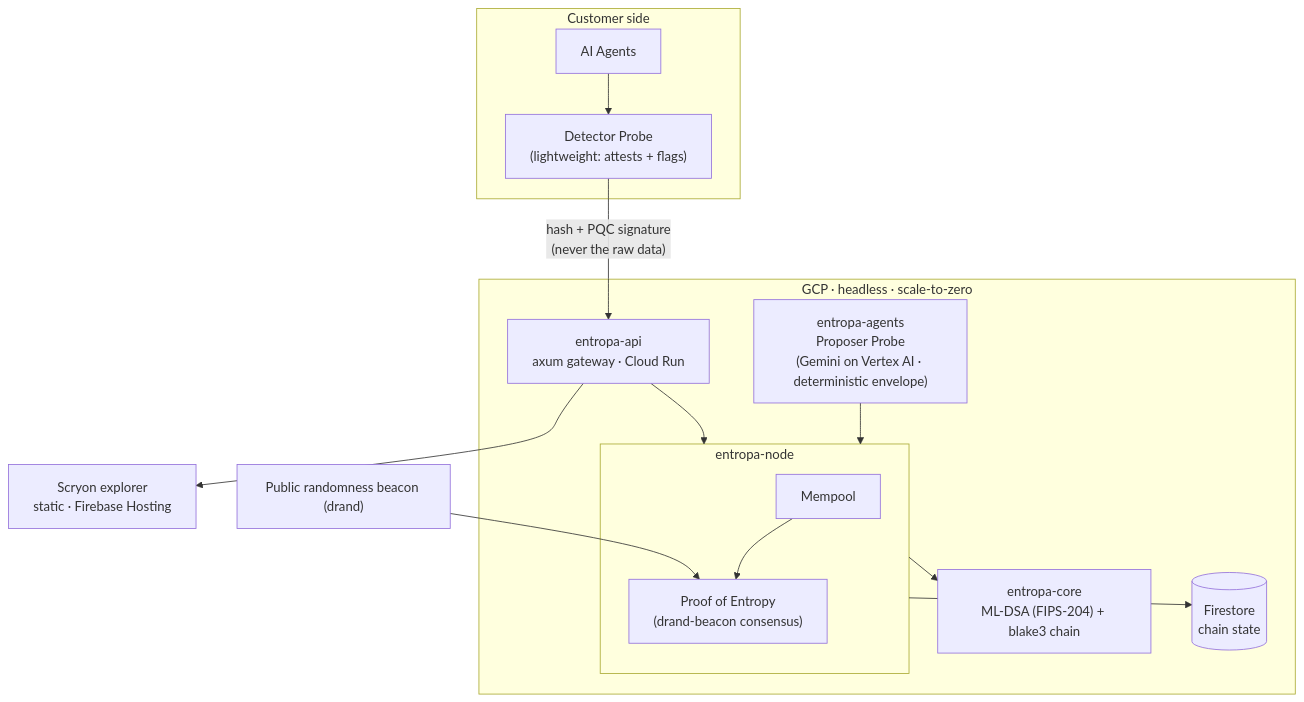
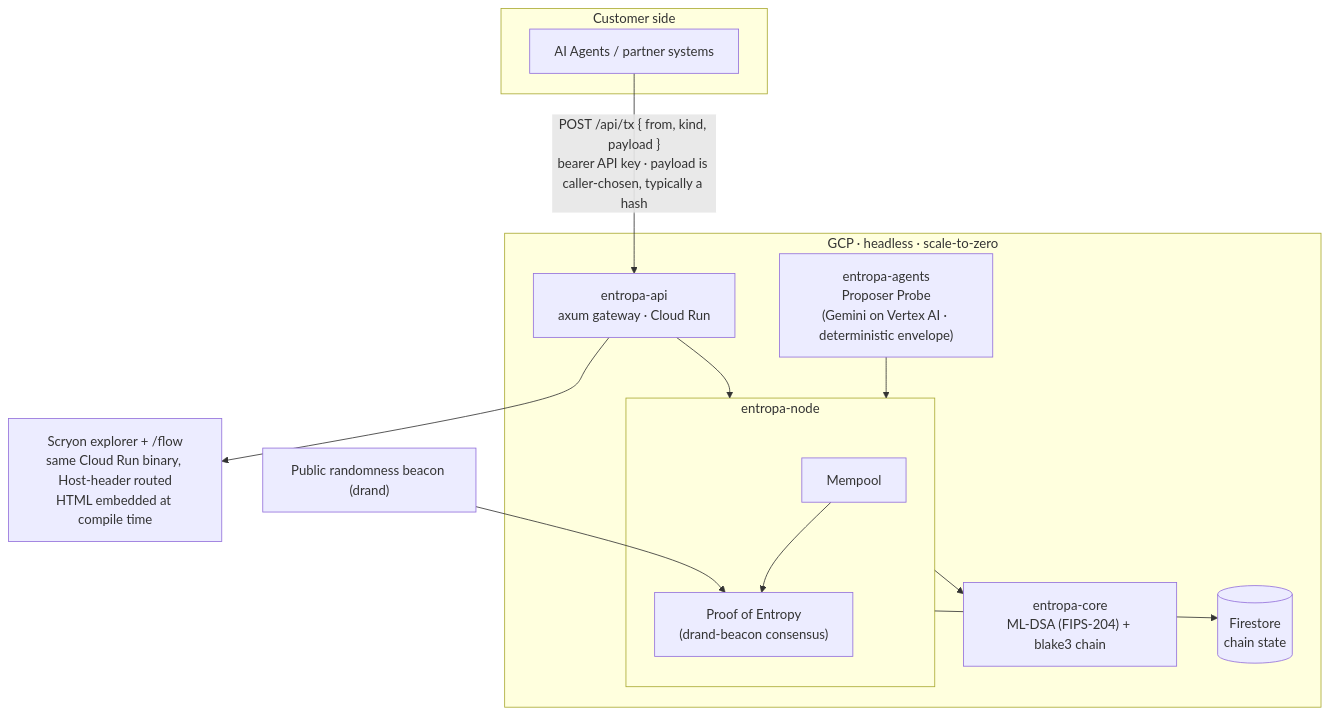
The first of 2 diagrams in ARCHITECTURE.md (aimozart/entropa-public), drawn with Mermaid before and after one commit. The commit also changed other lines of this file, not shown here.

````diff
--- a/ARCHITECTURE.md
+++ b/ARCHITECTURE.md
@@ -8,26 +8,26 @@
 ```mermaid
 flowchart TB
   subgraph Customer["Customer side"]
-    Agents["AI Agents"] --> Detector["Detector Probe<br/>(lightweight: attests + flags)"]
+    Agents["AI Agents / partner systems"]
   end
 
-  Detector -->|"hash + PQC signature<br/>(never the raw data)"| API
+  Agents -->|"POST /api/tx { from, kind, payload }<br/>bearer API key · payload is caller-chosen, typically a hash"| API
 
   subgraph GCP["GCP · headless · scale-to-zero"]
     API["entropa-api<br/>axum gateway · Cloud Run"]
     subgraph NODE["entropa-node"]
       Mempool["Mempool"] --> PoE["Proof of Entropy<br/>(drand-beacon consensus)"]
     end
     PROBES["entropa-agents<br/>Proposer Probe<br/>(Gemini on Vertex AI · deterministic envelope)"]
     CORE["entropa-core<br/>ML-DSA (FIPS-204) + blake3 chain"]
     STORE[("Firestore<br/>chain state")]
 
     API --> NODE
     PROBES --> NODE
     NODE --> CORE
     NODE --> STORE
   end
 
   Beacon["Public randomness beacon (drand)"] --> PoE
-  API --> Scryon["Scryon explorer<br/>static · Firebase Hosting"]
+  API --> Scryon["Scryon explorer + /flow<br/>same Cloud Run binary, Host-header routed<br/>HTML embedded at compile time"]
 ```
````
